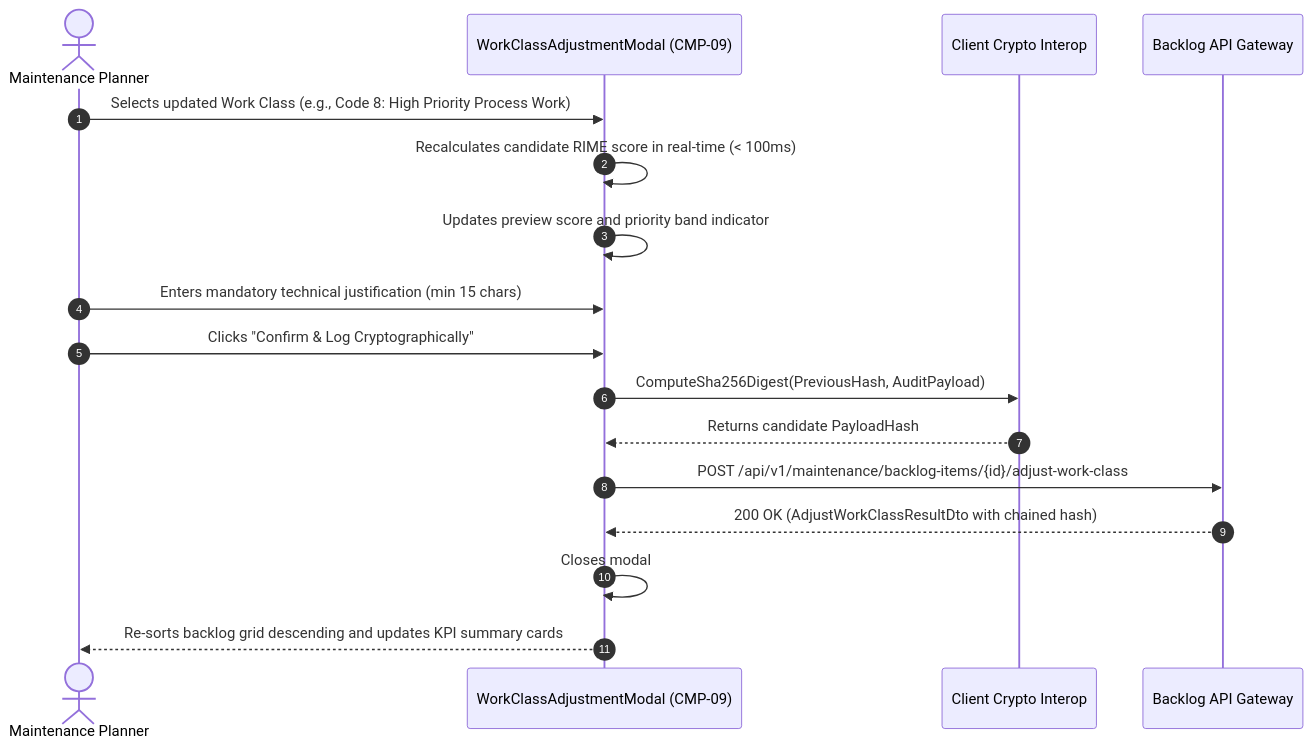
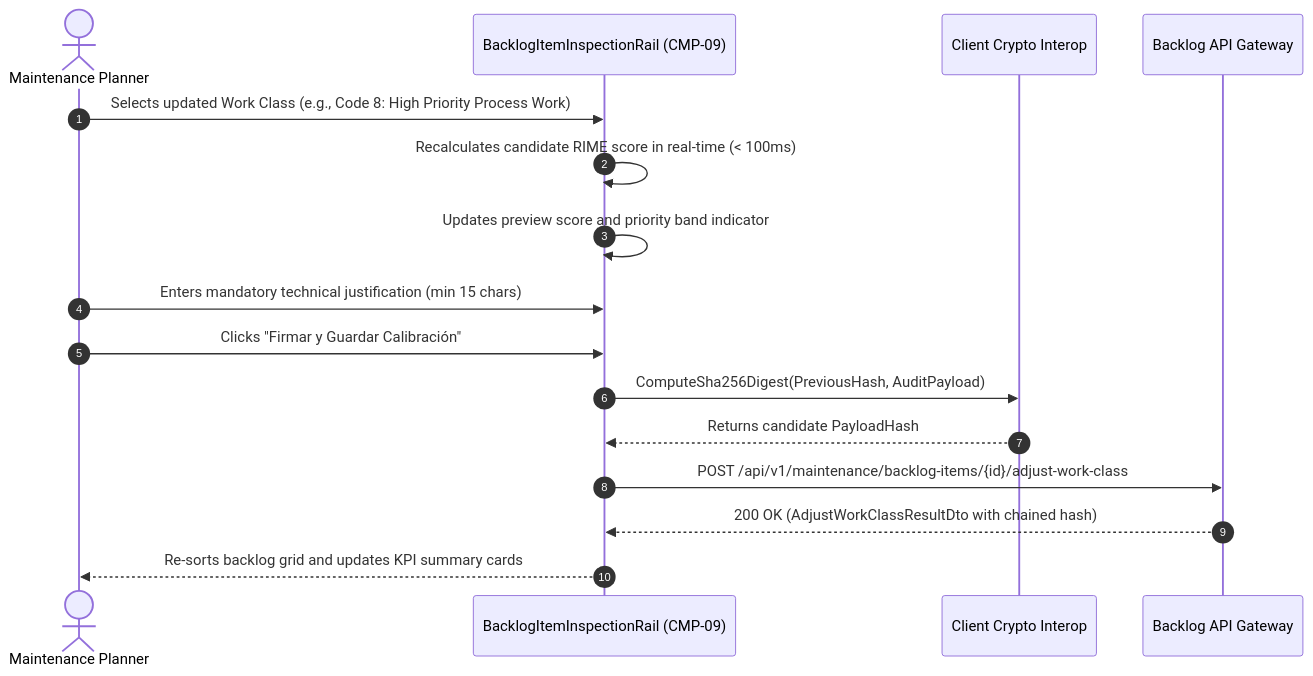
One commit to Novav20/adso-dteam-docs changed the second of 2 diagrams in ui-ux/screens/mtto/SCR-MTTO-026.md. Above: the diagram before and after it, drawn with Mermaid. The commit also changed other lines of this file, not shown here.

First line of the commit message:
Align MTTO specification with inspection rail

````diff
--- a/ui-ux/screens/mtto/SCR-MTTO-026.md
+++ b/ui-ux/screens/mtto/SCR-MTTO-026.md
@@ -138,20 +140,19 @@
 ```mermaid
 sequenceDiagram
     autonumber
     actor Planner as Maintenance Planner
-    participant Modal as WorkClassAdjustmentModal (CMP-09)
+    participant Rail as BacklogItemInspectionRail (CMP-09)
     participant Interop as Client Crypto Interop
     participant API as Backlog API Gateway
 
-    Planner->>Modal: Selects updated Work Class (e.g., Code 8: High Priority Process Work)
-    Modal->>Modal: Recalculates candidate RIME score in real-time (< 100ms)
-    Modal->>Modal: Updates preview score and priority band indicator
-    Planner->>Modal: Enters mandatory technical justification (min 15 chars)
-    Planner->>Modal: Clicks "Confirm & Log Cryptographically"
-    Modal->>Interop: ComputeSha256Digest(PreviousHash, AuditPayload)
-    Interop-->>Modal: Returns candidate PayloadHash
-    Modal->>API: POST /api/v1/maintenance/backlog-items/{id}/adjust-work-class
-    API-->>Modal: 200 OK (AdjustWorkClassResultDto with chained hash)
-    Modal->>Modal: Closes modal
-    Modal-->>Planner: Re-sorts backlog grid descending and updates KPI summary cards
+    Planner->>Rail: Selects updated Work Class (e.g., Code 8: High Priority Process Work)
+    Rail->>Rail: Recalculates candidate RIME score in real-time (< 100ms)
+    Rail->>Rail: Updates preview score and priority band indicator
+    Planner->>Rail: Enters mandatory technical justification (min 15 chars)
+    Planner->>Rail: Clicks "Firmar y Guardar Calibración"
+    Rail->>Interop: ComputeSha256Digest(PreviousHash, AuditPayload)
+    Interop-->>Rail: Returns candidate PayloadHash
+    Rail->>API: POST /api/v1/maintenance/backlog-items/{id}/adjust-work-class
+    API-->>Rail: 200 OK (AdjustWorkClassResultDto with chained hash)
+    Rail-->>Planner: Re-sorts backlog grid and updates KPI summary cards
 ```
````
